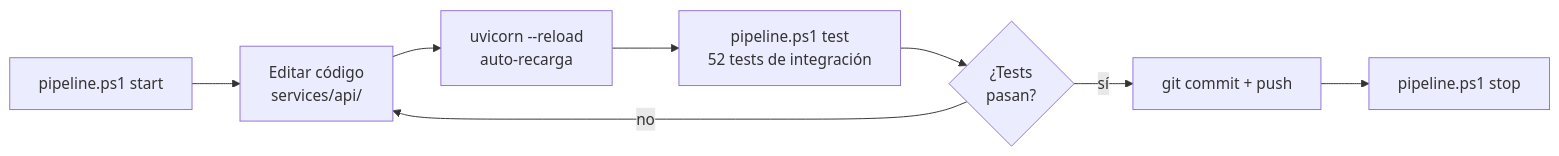
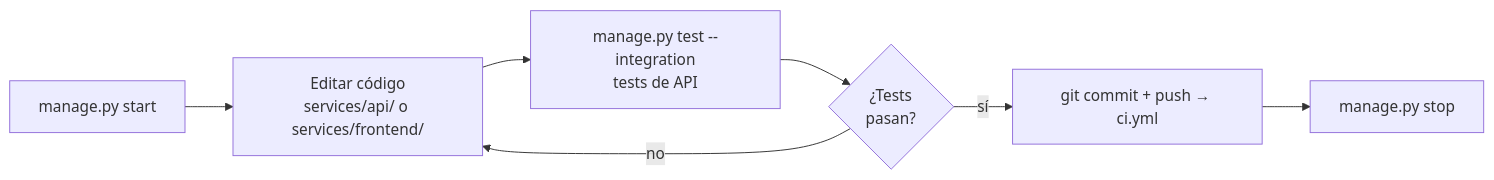
The diagram in docs/development.md (VSXR/PipelineModeling), drawn with Mermaid before and after one commit. The commit also changed other lines of this file and 19 other files, not shown here.

````diff
--- a/docs/development.md
+++ b/docs/development.md
@@ -5,10 +5,9 @@
 ```mermaid
 flowchart LR
-    S["pipeline.ps1 start"] --> E["Editar código\nservices/api/"]
-    E --> R["uvicorn --reload\nauto-recarga"]
-    R --> T["pipeline.ps1 test\n52 tests de integración"]
+    S["manage.py start"] --> E["Editar código\nservices/api/ o services/frontend/"]
+    E --> T["manage.py test --integration\ntests de API"]
     T --> OK{¿Tests\npasan?}
-    OK -->|sí| C["git commit + push"]
+    OK -->|sí| C["git commit + push → ci.yml"]
     OK -->|no| E
-    C --> ST["pipeline.ps1 stop"]
+    C --> ST["manage.py stop"]
 ```
````
